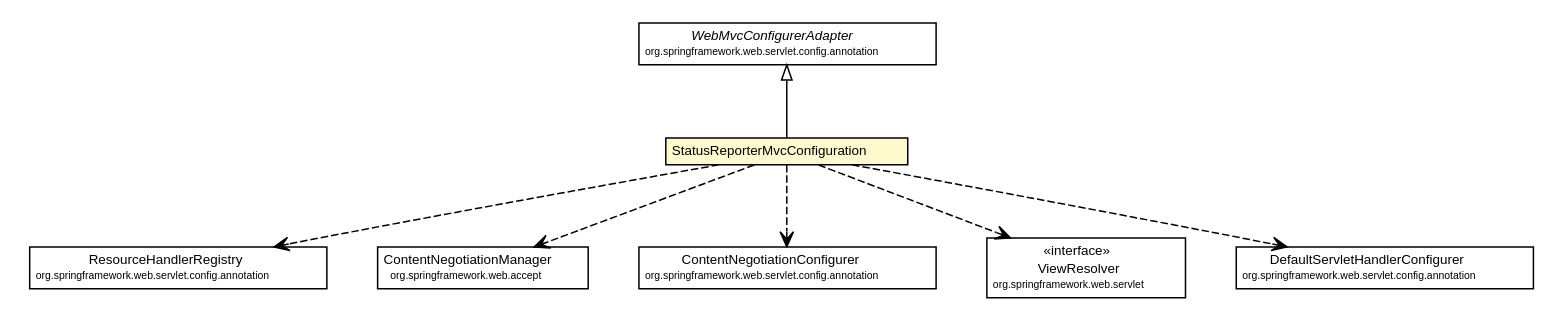
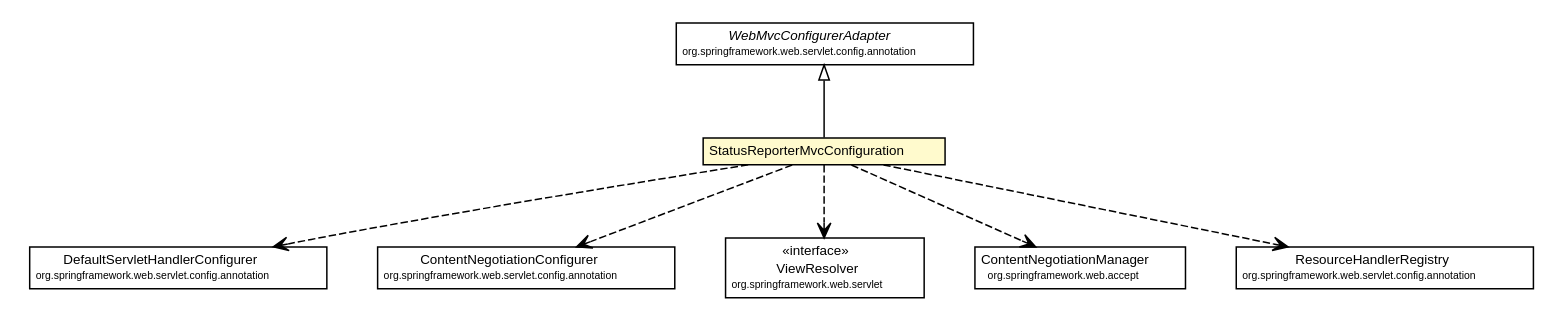
The diagram in docs/javadoc/apidocs/net/ljcomputing/sr/config/StatusReporterMvcConfiguration.dot (willmorejg/net.ljcomputing.status-reporter), drawn with Graphviz before and after one commit. The commit also changed 198 other files, not shown here.

```diff
--- a/docs/javadoc/apidocs/net/ljcomputing/sr/config/StatusReporterMvcConfiguration.dot
+++ b/docs/javadoc/apidocs/net/ljcomputing/sr/config/StatusReporterMvcConfiguration.dot
@@ -1,73 +1,73 @@
 #!/usr/local/bin/dot
 #
 # Class diagram 
 # Generated by UMLGraph version R5_6-24-gf6e263 (http://www.umlgraph.org/)
 #
 
 digraph G {
 	edge [fontname="Helvetica",fontsize=10,labelfontname="Helvetica",labelfontsize=10];
 	node [fontname="Helvetica",fontsize=10,shape=plaintext];
 	nodesep=0.25;
 	ranksep=0.5;
 	// net.ljcomputing.sr.config.StatusReporterMvcConfiguration
 	c2625 [label=<<table title="net.ljcomputing.sr.config.StatusReporterMvcConfiguration" border="0" cellborder="1" cellspacing="0" cellpadding="2" port="p" bgcolor="lemonChiffon" href="./StatusReporterMvcConfiguration.html">
 		<tr><td><table border="0" cellspacing="0" cellpadding="1">
 <tr><td align="center" balign="center"> StatusReporterMvcConfiguration </td></tr>
 		</table></td></tr>
 		</table>>, URL="./StatusReporterMvcConfiguration.html", fontname="Helvetica", fontcolor="black", fontsize=9.0];
 	//net.ljcomputing.sr.config.StatusReporterMvcConfiguration extends org.springframework.web.servlet.config.annotation.WebMvcConfigurerAdapter
 	c2632:p -> c2625:p [dir=back,arrowtail=empty];
+	// net.ljcomputing.sr.config.StatusReporterMvcConfiguration DEPEND org.springframework.web.servlet.config.annotation.DefaultServletHandlerConfigurer
+	c2625:p -> c2635:p [taillabel="", label="", headlabel="", fontname="Helvetica", fontcolor="black", fontsize=10.0, color="black", arrowhead=open, style=dashed];
+	// net.ljcomputing.sr.config.StatusReporterMvcConfiguration DEPEND org.springframework.web.servlet.config.annotation.ContentNegotiationConfigurer
+	c2625:p -> c2639:p [taillabel="", label="", headlabel="", fontname="Helvetica", fontcolor="black", fontsize=10.0, color="black", arrowhead=open, style=dashed];
+	// net.ljcomputing.sr.config.StatusReporterMvcConfiguration DEPEND org.springframework.web.servlet.ViewResolver
+	c2625:p -> c2641:p [taillabel="", label="", headlabel="", fontname="Helvetica", fontcolor="black", fontsize=10.0, color="black", arrowhead=open, style=dashed];
+	// net.ljcomputing.sr.config.StatusReporterMvcConfiguration DEPEND org.springframework.web.accept.ContentNegotiationManager
+	c2625:p -> c2644:p [taillabel="", label="", headlabel="", fontname="Helvetica", fontcolor="black", fontsize=10.0, color="black", arrowhead=open, style=dashed];
 	// net.ljcomputing.sr.config.StatusReporterMvcConfiguration DEPEND org.springframework.web.servlet.config.annotation.ResourceHandlerRegistry
-	c2625:p -> c2635:p [taillabel="", label="", headlabel="", fontname="Helvetica", fontcolor="black", fontsize=10.0, color="black", arrowhead=open, style=dashed];
-	// net.ljcomputing.sr.config.StatusReporterMvcConfiguration DEPEND org.springframework.web.accept.ContentNegotiationManager
-	c2625:p -> c2640:p [taillabel="", label="", headlabel="", fontname="Helvetica", fontcolor="black", fontsize=10.0, color="black", arrowhead=open, style=dashed];
-	// net.ljcomputing.sr.config.StatusReporterMvcConfiguration DEPEND org.springframework.web.servlet.config.annotation.ContentNegotiationConfigurer
-	c2625:p -> c2642:p [taillabel="", label="", headlabel="", fontname="Helvetica", fontcolor="black", fontsize=10.0, color="black", arrowhead=open, style=dashed];
-	// net.ljcomputing.sr.config.StatusReporterMvcConfiguration DEPEND org.springframework.web.servlet.ViewResolver
-	c2625:p -> c2644:p [taillabel="", label="", headlabel="", fontname="Helvetica", fontcolor="black", fontsize=10.0, color="black", arrowhead=open, style=dashed];
-	// net.ljcomputing.sr.config.StatusReporterMvcConfiguration DEPEND org.springframework.web.servlet.config.annotation.DefaultServletHandlerConfigurer
 	c2625:p -> c2646:p [taillabel="", label="", headlabel="", fontname="Helvetica", fontcolor="black", fontsize=10.0, color="black", arrowhead=open, style=dashed];
 	// org.springframework.web.servlet.config.annotation.DefaultServletHandlerConfigurer
-	c2646 [label=<<table title="org.springframework.web.servlet.config.annotation.DefaultServletHandlerConfigurer" border="0" cellborder="1" cellspacing="0" cellpadding="2" port="p">
+	c2635 [label=<<table title="org.springframework.web.servlet.config.annotation.DefaultServletHandlerConfigurer" border="0" cellborder="1" cellspacing="0" cellpadding="2" port="p">
 		<tr><td><table border="0" cellspacing="0" cellpadding="1">
 <tr><td align="center" balign="center"> DefaultServletHandlerConfigurer </td></tr>
 <tr><td align="center" balign="center"><font point-size="7.0"> org.springframework.web.servlet.config.annotation </font></td></tr>
 		</table></td></tr>
 		</table>>, URL="null", fontname="Helvetica", fontcolor="black", fontsize=9.0];
 	// org.springframework.web.servlet.config.annotation.ContentNegotiationConfigurer
-	c2642 [label=<<table title="org.springframework.web.servlet.config.annotation.ContentNegotiationConfigurer" border="0" cellborder="1" cellspacing="0" cellpadding="2" port="p">
+	c2639 [label=<<table title="org.springframework.web.servlet.config.annotation.ContentNegotiationConfigurer" border="0" cellborder="1" cellspacing="0" cellpadding="2" port="p">
 		<tr><td><table border="0" cellspacing="0" cellpadding="1">
 <tr><td align="center" balign="center"> ContentNegotiationConfigurer </td></tr>
 <tr><td align="center" balign="center"><font point-size="7.0"> org.springframework.web.servlet.config.annotation </font></td></tr>
 		</table></td></tr>
 		</table>>, URL="null", fontname="Helvetica", fontcolor="black", fontsize=9.0];
 	// org.springframework.web.servlet.config.annotation.WebMvcConfigurerAdapter
 	c2632 [label=<<table title="org.springframework.web.servlet.config.annotation.WebMvcConfigurerAdapter" border="0" cellborder="1" cellspacing="0" cellpadding="2" port="p">
 		<tr><td><table border="0" cellspacing="0" cellpadding="1">
 <tr><td align="center" balign="center"><font face="Helvetica-Oblique"> WebMvcConfigurerAdapter </font></td></tr>
 <tr><td align="center" balign="center"><font point-size="7.0"> org.springframework.web.servlet.config.annotation </font></td></tr>
 		</table></td></tr>
 		</table>>, URL="null", fontname="Helvetica", fontcolor="black", fontsize=9.0];
 	// org.springframework.web.servlet.ViewResolver
-	c2644 [label=<<table title="org.springframework.web.servlet.ViewResolver" border="0" cellborder="1" cellspacing="0" cellpadding="2" port="p">
+	c2641 [label=<<table title="org.springframework.web.servlet.ViewResolver" border="0" cellborder="1" cellspacing="0" cellpadding="2" port="p">
 		<tr><td><table border="0" cellspacing="0" cellpadding="1">
 <tr><td align="center" balign="center"> &#171;interface&#187; </td></tr>
 <tr><td align="center" balign="center"> ViewResolver </td></tr>
 <tr><td align="center" balign="center"><font point-size="7.0"> org.springframework.web.servlet </font></td></tr>
 		</table></td></tr>
 		</table>>, URL="null", fontname="Helvetica", fontcolor="black", fontsize=9.0];
 	// org.springframework.web.servlet.config.annotation.ResourceHandlerRegistry
-	c2635 [label=<<table title="org.springframework.web.servlet.config.annotation.ResourceHandlerRegistry" border="0" cellborder="1" cellspacing="0" cellpadding="2" port="p">
+	c2646 [label=<<table title="org.springframework.web.servlet.config.annotation.ResourceHandlerRegistry" border="0" cellborder="1" cellspacing="0" cellpadding="2" port="p">
 		<tr><td><table border="0" cellspacing="0" cellpadding="1">
 <tr><td align="center" balign="center"> ResourceHandlerRegistry </td></tr>
 <tr><td align="center" balign="center"><font point-size="7.0"> org.springframework.web.servlet.config.annotation </font></td></tr>
 		</table></td></tr>
 		</table>>, URL="null", fontname="Helvetica", fontcolor="black", fontsize=9.0];
 	// org.springframework.web.accept.ContentNegotiationManager
-	c2640 [label=<<table title="org.springframework.web.accept.ContentNegotiationManager" border="0" cellborder="1" cellspacing="0" cellpadding="2" port="p">
+	c2644 [label=<<table title="org.springframework.web.accept.ContentNegotiationManager" border="0" cellborder="1" cellspacing="0" cellpadding="2" port="p">
 		<tr><td><table border="0" cellspacing="0" cellpadding="1">
 <tr><td align="center" balign="center"> ContentNegotiationManager </td></tr>
 <tr><td align="center" balign="center"><font point-size="7.0"> org.springframework.web.accept </font></td></tr>
 		</table></td></tr>
 		</table>>, URL="null", fontname="Helvetica", fontcolor="black", fontsize=9.0];
 }
```
